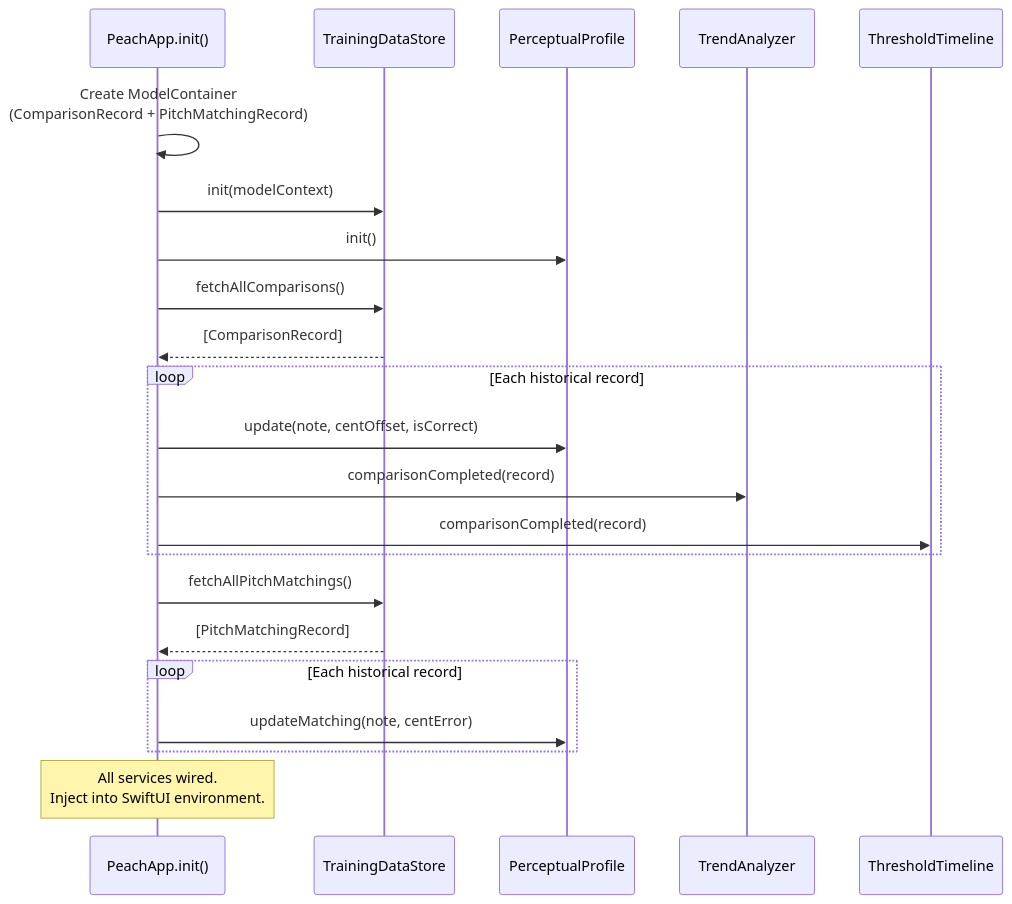
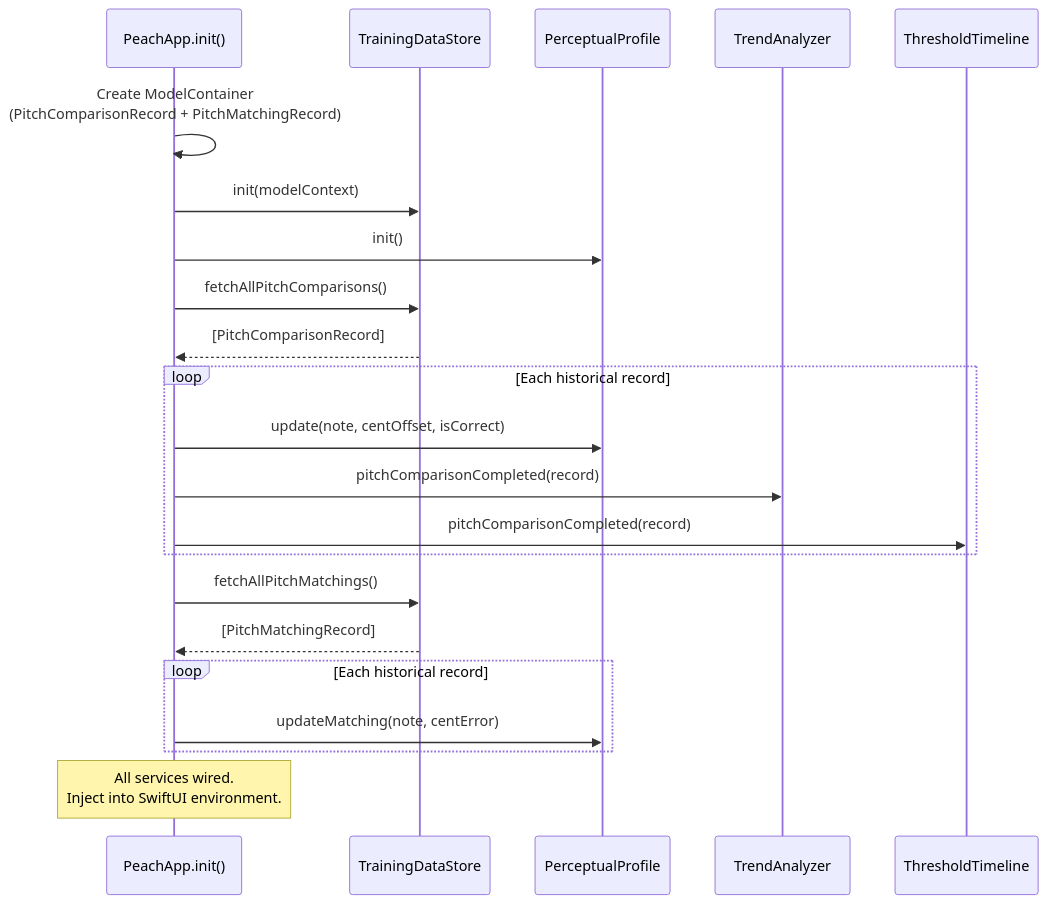
Before and after one commit to mschuerig/peach: the third of 4 diagrams in docs/arc42/06-runtime-view.md, drawn with Mermaid. The commit also changed other lines of this file and 120 other files, not shown here.

First line of the commit message:
Rename Comparison to PitchComparison across entire codebase

````diff
--- a/docs/arc42/06-runtime-view.md
+++ b/docs/arc42/06-runtime-view.md
@@ -106,30 +106,30 @@
 ```mermaid
 sequenceDiagram
     participant App as PeachApp.init()
     participant DS as TrainingDataStore
     participant Profile as PerceptualProfile
     participant Trend as TrendAnalyzer
     participant Timeline as ThresholdTimeline
 
-    App->>App: Create ModelContainer<br>(ComparisonRecord + PitchMatchingRecord)
+    App->>App: Create ModelContainer<br>(PitchComparisonRecord + PitchMatchingRecord)
     App->>DS: init(modelContext)
     App->>Profile: init()
 
-    App->>DS: fetchAllComparisons()
-    DS-->>App: [ComparisonRecord]
+    App->>DS: fetchAllPitchComparisons()
+    DS-->>App: [PitchComparisonRecord]
 
     loop Each historical record
         App->>Profile: update(note, centOffset, isCorrect)
-        App->>Trend: comparisonCompleted(record)
-        App->>Timeline: comparisonCompleted(record)
+        App->>Trend: pitchComparisonCompleted(record)
+        App->>Timeline: pitchComparisonCompleted(record)
     end
 
     App->>DS: fetchAllPitchMatchings()
     DS-->>App: [PitchMatchingRecord]
 
     loop Each historical record
         App->>Profile: updateMatching(note, centError)
     end
 
     Note over App: All services wired.<br>Inject into SwiftUI environment.
 ```
````
